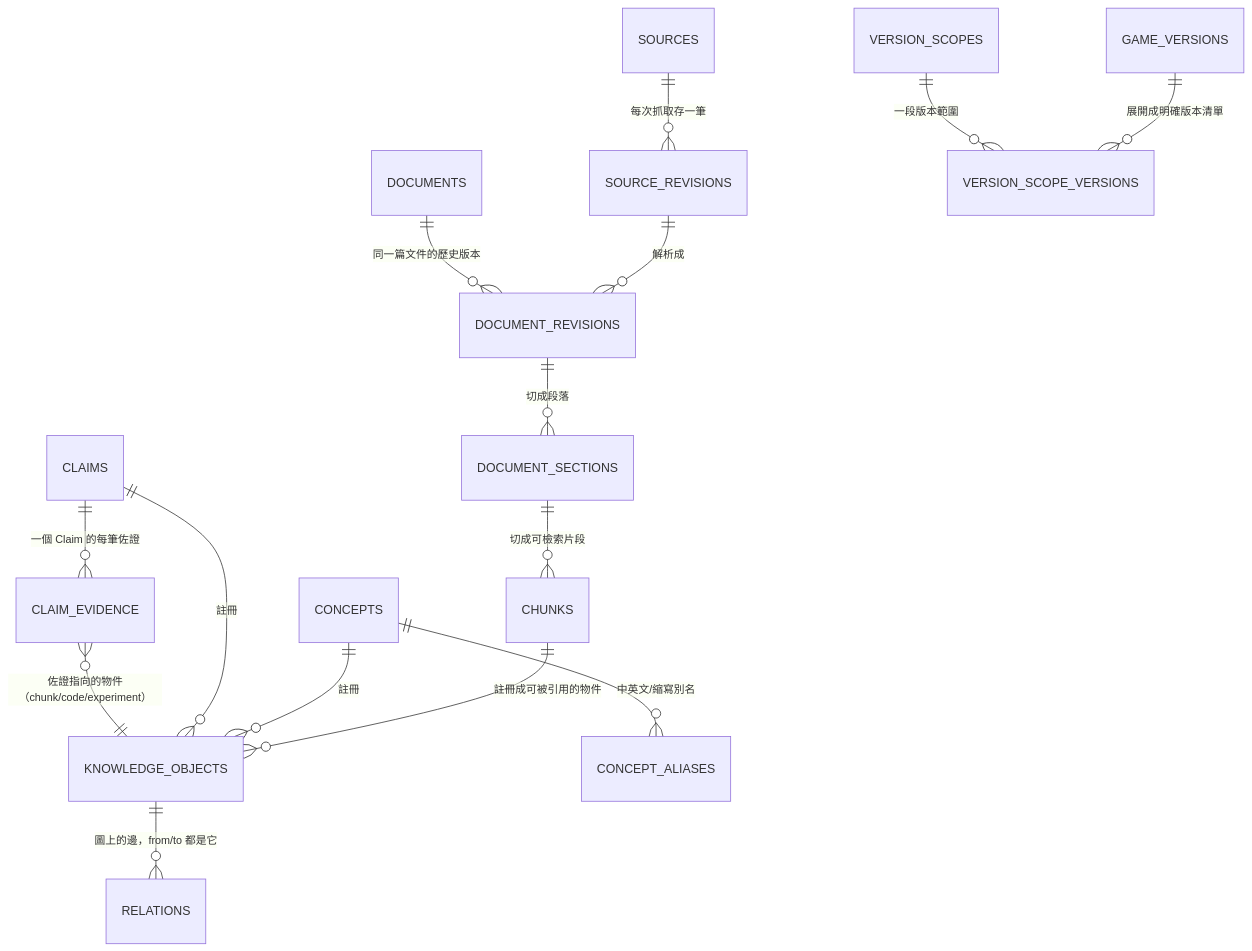
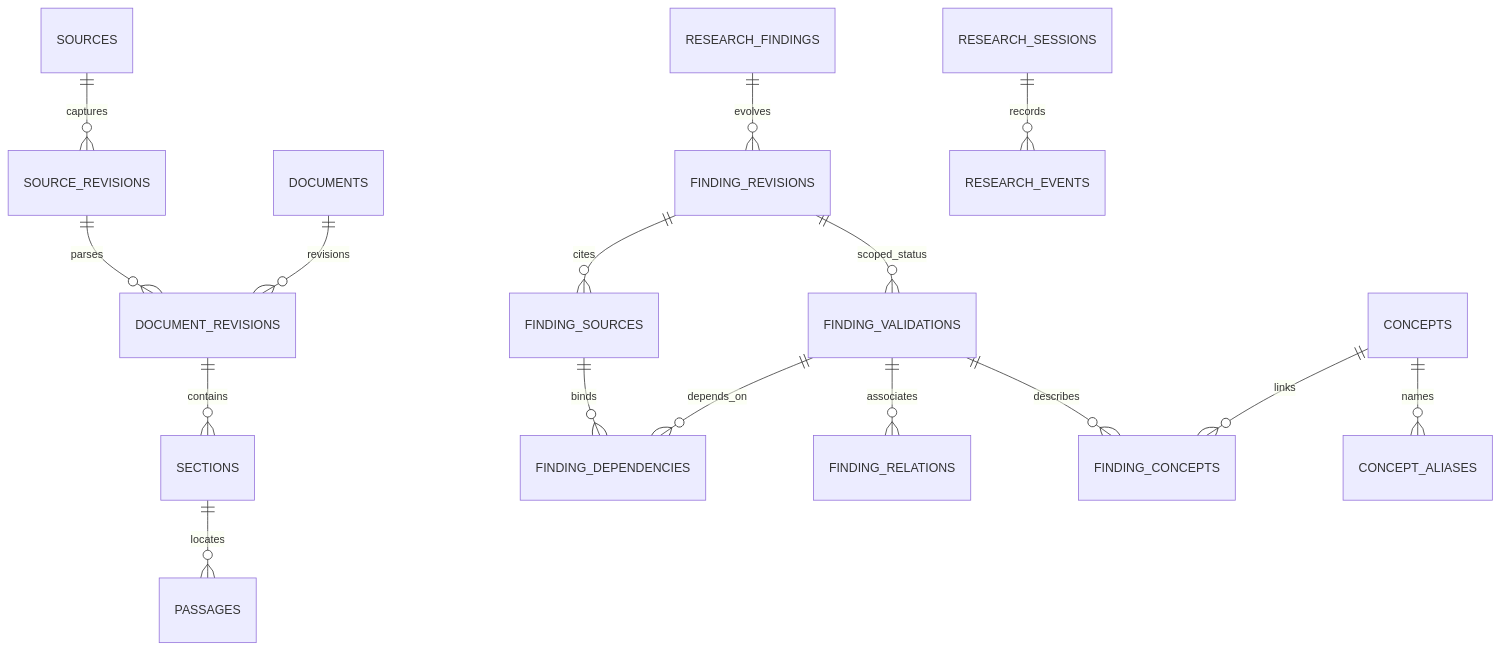
Before and after one commit to woodengrass/corrobora: the diagram in docs/plan/01-postgres-schema.md, drawn with Mermaid. The commit also changed other lines of this file and 17 other files, not shown here.

````diff
--- a/docs/plan/01-postgres-schema.md
+++ b/docs/plan/01-postgres-schema.md
@@ -19,17 +13,18 @@
 ```mermaid
 erDiagram
-    SOURCES ||--o{ SOURCE_REVISIONS : "每次抓取存一筆"
-    SOURCE_REVISIONS ||--o{ DOCUMENT_REVISIONS : "解析成"
-    DOCUMENTS ||--o{ DOCUMENT_REVISIONS : "同一篇文件的歷史版本"
-    DOCUMENT_REVISIONS ||--o{ DOCUMENT_SECTIONS : "切成段落"
-    DOCUMENT_SECTIONS ||--o{ CHUNKS : "切成可檢索片段"
-    CHUNKS ||--o{ KNOWLEDGE_OBJECTS : "註冊成可被引用的物件"
-    CONCEPTS ||--o{ KNOWLEDGE_OBJECTS : "註冊"
-    CLAIMS ||--o{ KNOWLEDGE_OBJECTS : "註冊"
-    CLAIMS ||--o{ CLAIM_EVIDENCE : "一個 Claim 的每筆佐證"
-    CLAIM_EVIDENCE }o--|| KNOWLEDGE_OBJECTS : "佐證指向的物件（chunk/code/experiment）"
-    KNOWLEDGE_OBJECTS ||--o{ RELATIONS : "圖上的邊，from/to 都是它"
-    CONCEPTS ||--o{ CONCEPT_ALIASES : "中英文/縮寫別名"
-    GAME_VERSIONS ||--o{ VERSION_SCOPE_VERSIONS : "展開成明確版本清單"
-    VERSION_SCOPES ||--o{ VERSION_SCOPE_VERSIONS : "一段版本範圍"
+    SOURCES ||--o{ SOURCE_REVISIONS : captures
+    DOCUMENTS ||--o{ DOCUMENT_REVISIONS : revisions
+    SOURCE_REVISIONS ||--o{ DOCUMENT_REVISIONS : parses
+    DOCUMENT_REVISIONS ||--o{ SECTIONS : contains
+    SECTIONS ||--o{ PASSAGES : locates
+    RESEARCH_FINDINGS ||--o{ FINDING_REVISIONS : evolves
+    FINDING_REVISIONS ||--o{ FINDING_SOURCES : cites
+    FINDING_REVISIONS ||--o{ FINDING_VALIDATIONS : scoped_status
+    FINDING_VALIDATIONS ||--o{ FINDING_DEPENDENCIES : depends_on
+    FINDING_SOURCES ||--o{ FINDING_DEPENDENCIES : binds
+    FINDING_VALIDATIONS ||--o{ FINDING_RELATIONS : associates
+    FINDING_VALIDATIONS ||--o{ FINDING_CONCEPTS : describes
+    CONCEPTS ||--o{ FINDING_CONCEPTS : links
+    CONCEPTS ||--o{ CONCEPT_ALIASES : names
+    RESEARCH_SESSIONS ||--o{ RESEARCH_EVENTS : records
 ```
````
